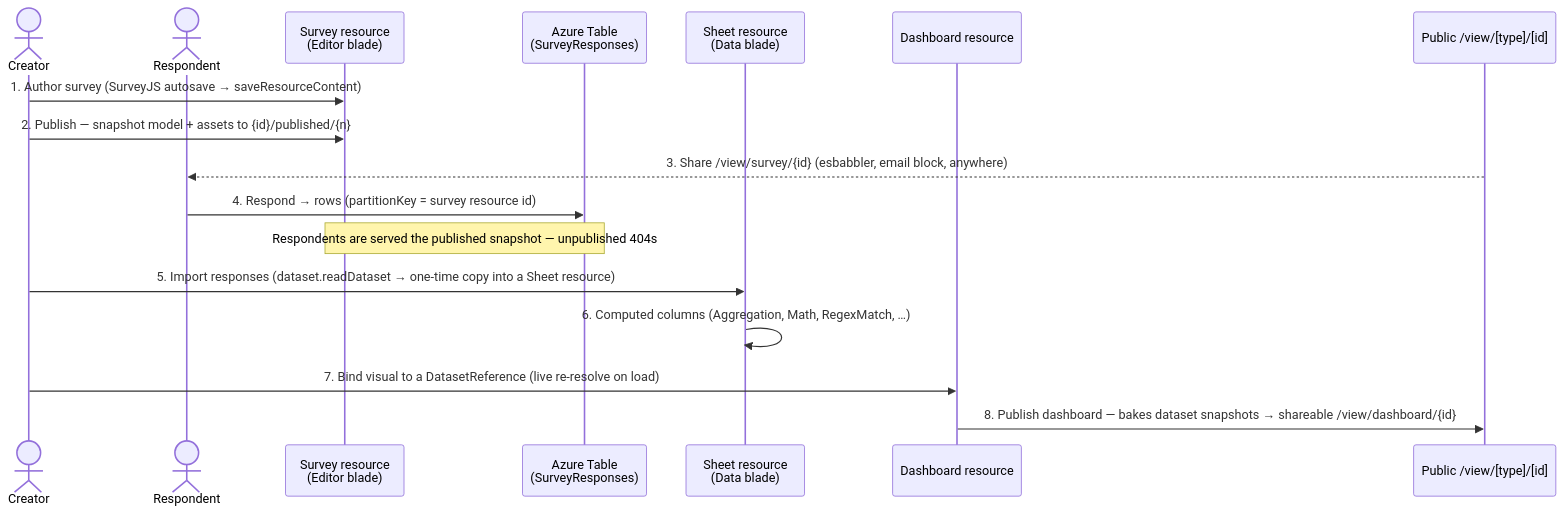
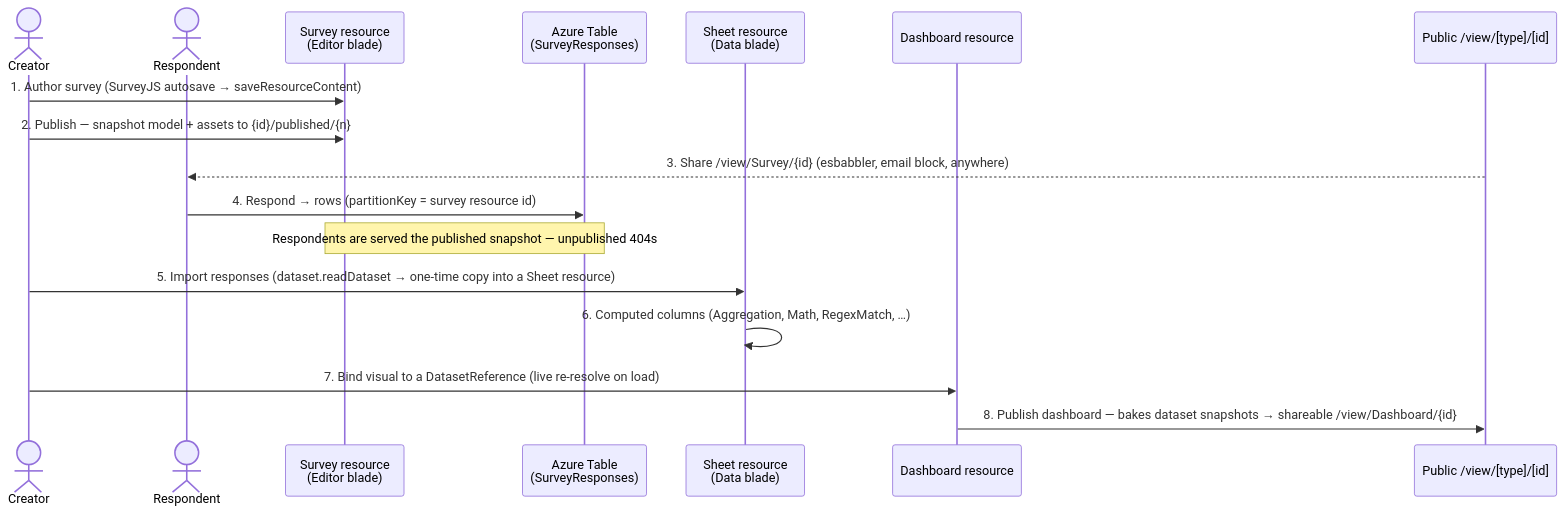
Before and after one commit to Esposter/Esposter: the second of 2 diagrams in packages/app/content/docs/architecture/platform.md, drawn with Mermaid. The commit also changed 18 other files, not shown here.

````diff
--- a/packages/app/content/docs/architecture/platform.md
+++ b/packages/app/content/docs/architecture/platform.md
@@ -72,20 +72,20 @@
 ```mermaid
 sequenceDiagram
   actor Creator
   actor Respondent
   participant SV as Survey resource<br/>(Editor blade)
   participant AT as Azure Table<br/>(SurveyResponses)
   participant SH as Sheet resource<br/>(Data blade)
   participant DB as Dashboard resource
   participant PUB as Public /view/[type]/[id]
 
   Creator->>SV: 1. Author survey (SurveyJS autosave → saveResourceContent)
   Creator->>SV: 2. Publish — snapshot model + assets to {id}/published/{n}
-  PUB-->>Respondent: 3. Share /view/survey/{id} (esbabbler, email block, anywhere)
+  PUB-->>Respondent: 3. Share /view/Survey/{id} (esbabbler, email block, anywhere)
   Respondent->>AT: 4. Respond → rows (partitionKey = survey resource id)
   Note over SV,AT: Respondents are served the published snapshot — unpublished 404s
   Creator->>SH: 5. Import responses (dataset.readDataset → one-time copy into a Sheet resource)
   SH->>SH: 6. Computed columns (Aggregation, Math, RegexMatch, …)
   Creator->>DB: 7. Bind visual to a DatasetReference (live re-resolve on load)
-  DB->>PUB: 8. Publish dashboard — bakes dataset snapshots → shareable /view/dashboard/{id}
+  DB->>PUB: 8. Publish dashboard — bakes dataset snapshots → shareable /view/Dashboard/{id}
 ```
````
